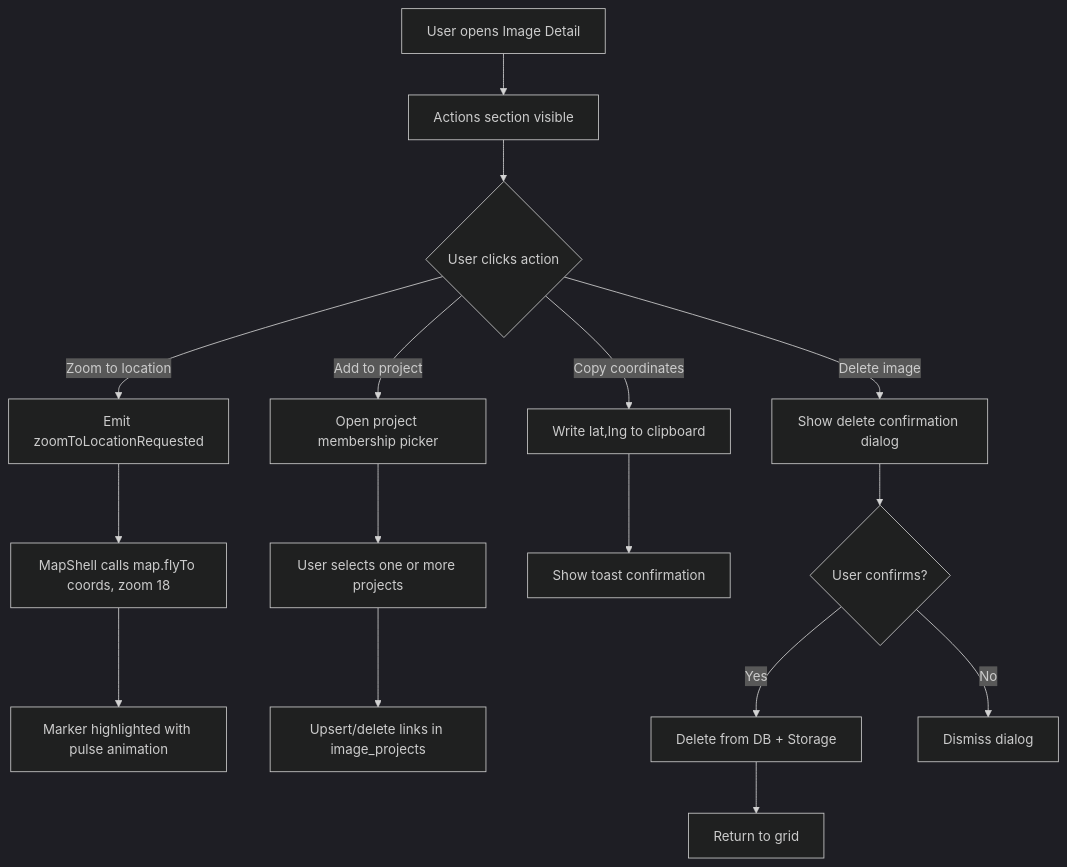
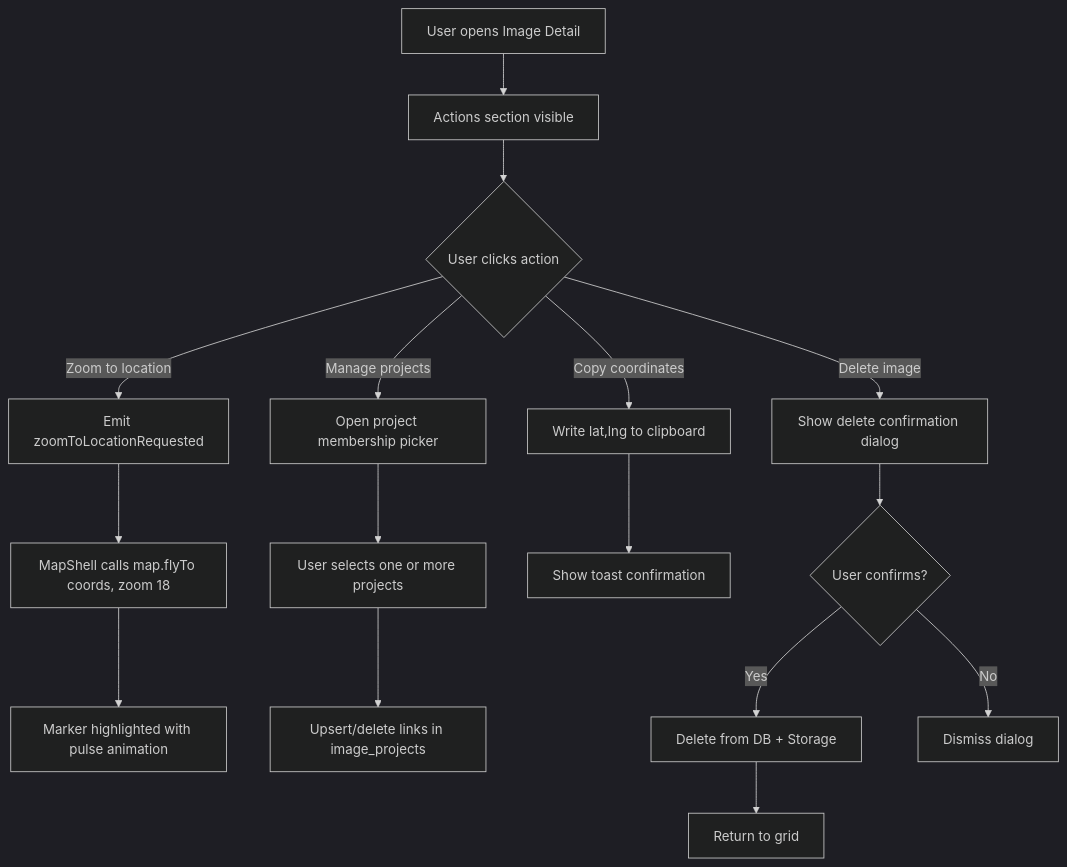
One commit to matkleve/feldpost changed the diagram in docs/element-specs/image-detail-actions.md. Above: the diagram before and after it, drawn with Mermaid (dark theme). The commit also changed other lines of this file and 21 other files, not shown here.

First line of the commit message:
feat: implement QR invite flow with role-based access and sharing options

````diff
--- a/docs/element-specs/image-detail-actions.md
+++ b/docs/element-specs/image-detail-actions.md
@@ -80,22 +80,22 @@
 ```mermaid
 flowchart TD
     A[User opens Image Detail] --> B[Actions section visible]
     B --> C{User clicks action}
 
     C -->|Zoom to location| E[Emit zoomToLocationRequested]
     E --> E1[MapShell calls map.flyTo coords, zoom 18]
     E1 --> E2[Marker highlighted with pulse animation]
 
-    C -->|Add to project| F[Open project membership picker]
+    C -->|Manage projects| F[Open project membership picker]
     F --> F1[User selects one or more projects]
     F1 --> F2[Upsert/delete links in image_projects]
 
     C -->|Copy coordinates| G[Write lat,lng to clipboard]
     G --> G1[Show toast confirmation]
 
     C -->|Delete image| H[Show delete confirmation dialog]
     H --> H1{User confirms?}
     H1 -->|Yes| H2[Delete from DB + Storage]
     H2 --> H3[Return to grid]
     H1 -->|No| H4[Dismiss dialog]
 ```
````
